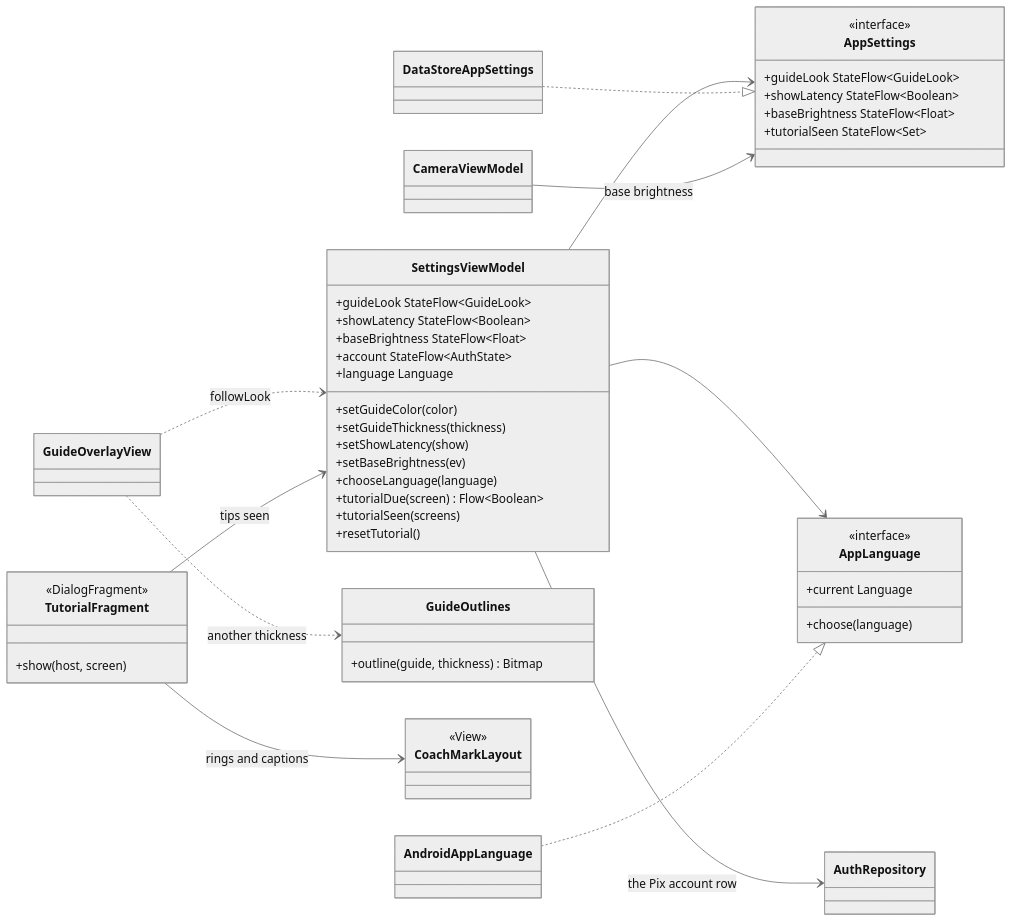
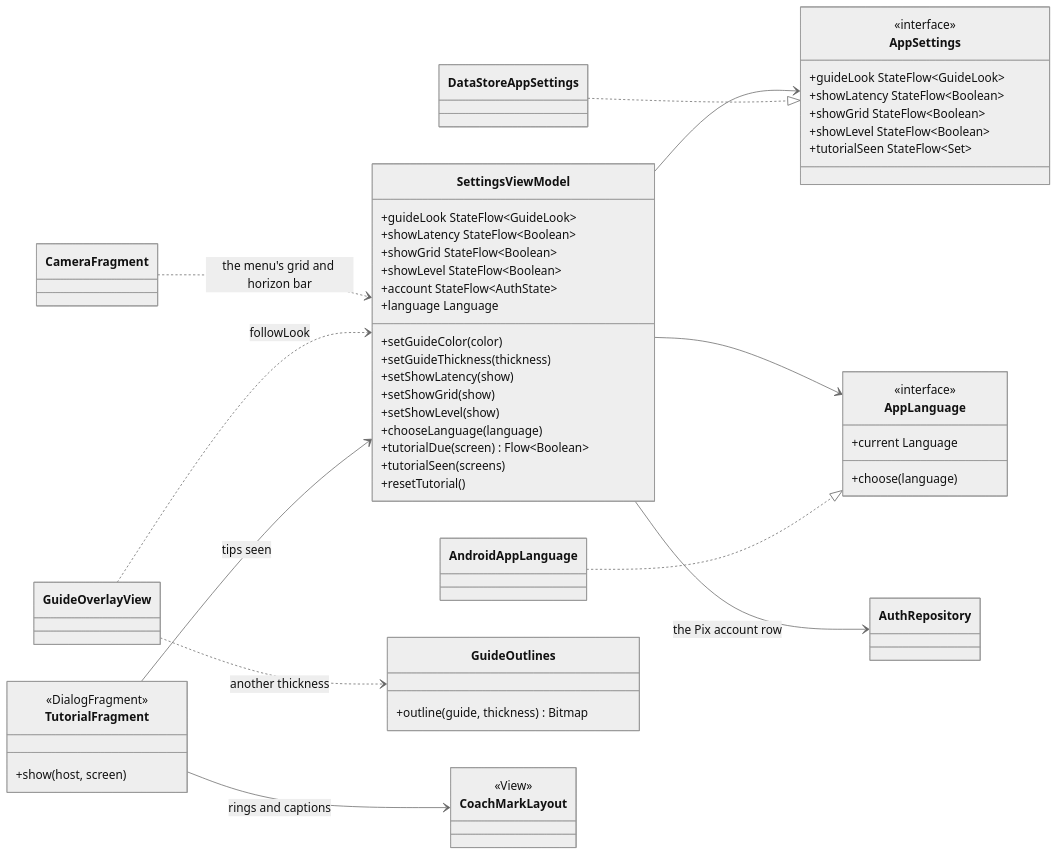
The tenth of 14 diagrams in wiki/Design-Documentation.md (snuhcs-course/swpp-2026-project-team-10), drawn with Mermaid (neutral theme) before and after one commit. The commit also changed other lines of this file and 80 other files, not shown here.

````diff
--- a/wiki/Design-Documentation.md
+++ b/wiki/Design-Documentation.md
@@ -1280,53 +1291,56 @@
 ```mermaid
 classDiagram
   direction LR
   class SettingsViewModel {
     +guideLook StateFlow~GuideLook~
     +showLatency StateFlow~Boolean~
-    +baseBrightness StateFlow~Float~
+    +showGrid StateFlow~Boolean~
+    +showLevel StateFlow~Boolean~
     +account StateFlow~AuthState~
     +language Language
     +setGuideColor(color)
     +setGuideThickness(thickness)
     +setShowLatency(show)
-    +setBaseBrightness(ev)
+    +setShowGrid(show)
+    +setShowLevel(show)
     +chooseLanguage(language)
     +tutorialDue(screen) Flow~Boolean~
     +tutorialSeen(screens)
     +resetTutorial()
   }
   class AppSettings {
     <<interface>>
     +guideLook StateFlow~GuideLook~
     +showLatency StateFlow~Boolean~
-    +baseBrightness StateFlow~Float~
+    +showGrid StateFlow~Boolean~
+    +showLevel StateFlow~Boolean~
     +tutorialSeen StateFlow~Set~
   }
   class DataStoreAppSettings
   class AppLanguage {
     <<interface>>
     +current Language
     +choose(language)
   }
   class AndroidAppLanguage
   class GuideOutlines {
     +outline(guide, thickness) Bitmap
   }
   class TutorialFragment {
     <<DialogFragment>>
     +show(host, screen)
   }
   class CoachMarkLayout {
     <<View>>
   }
   SettingsViewModel --> AppSettings
   SettingsViewModel --> AppLanguage
   SettingsViewModel --> AuthRepository : the Pix account row
   DataStoreAppSettings ..|> AppSettings
   AndroidAppLanguage ..|> AppLanguage
-  CameraViewModel --> AppSettings : base brightness
+  CameraFragment ..> SettingsViewModel : the menu's grid and horizon bar
   GuideOverlayView ..> SettingsViewModel : followLook
   GuideOverlayView ..> GuideOutlines : another thickness
   TutorialFragment --> SettingsViewModel : tips seen
   TutorialFragment --> CoachMarkLayout : rings and captions
 ```
````
